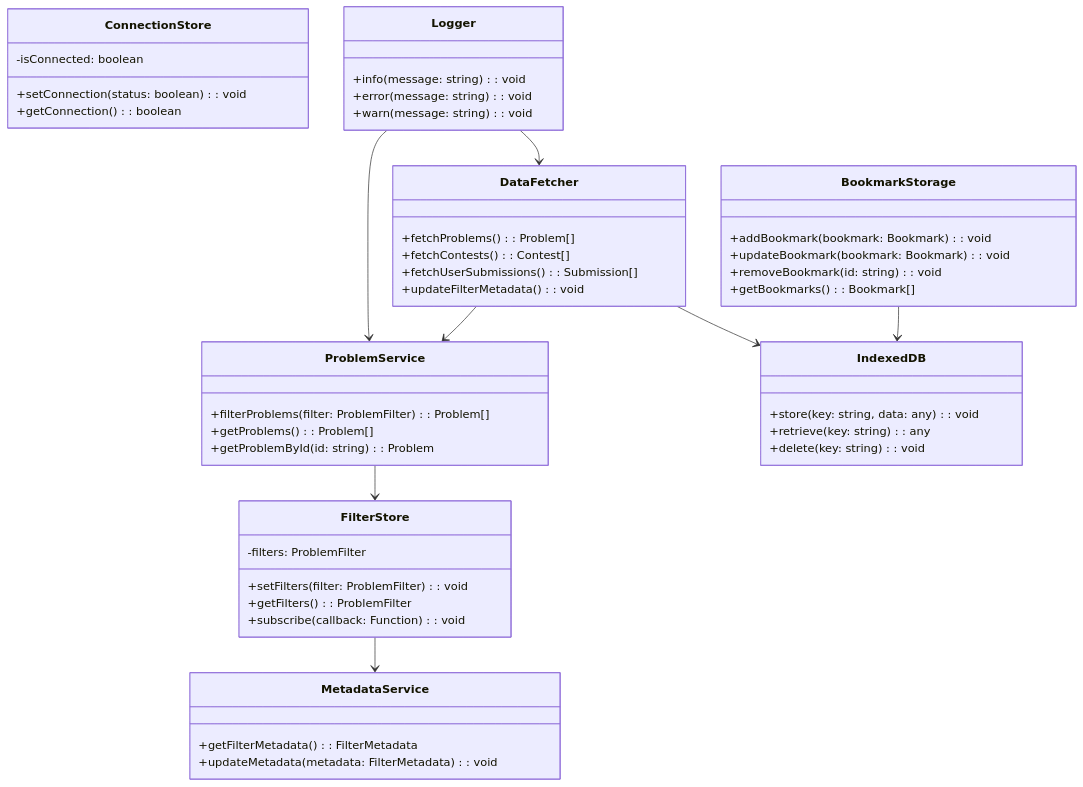
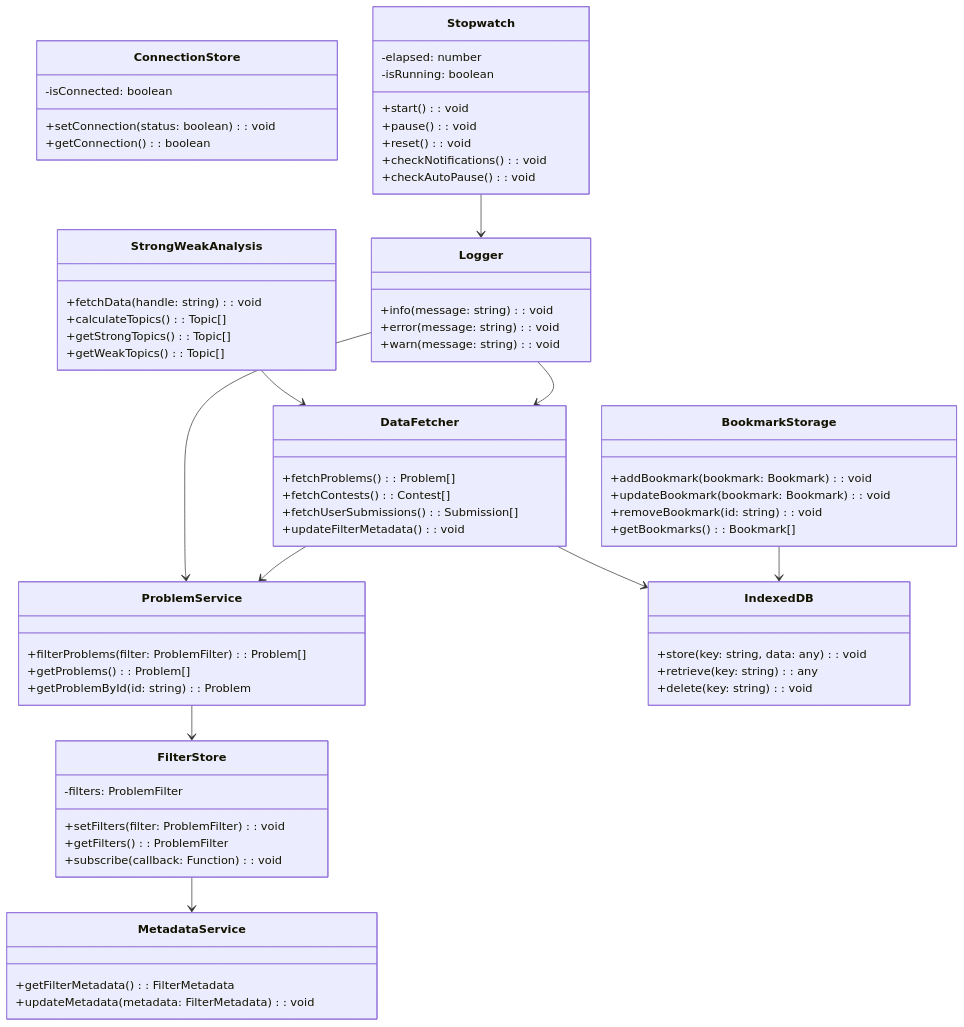
Before and after one commit to aftabnaik19/CF-Mentor: the diagram in .github/diagrams/class-diagram.md, drawn with Mermaid. The commit also changed 8 other files, not shown here.

````diff
--- a/.github/diagrams/class-diagram.md
+++ b/.github/diagrams/class-diagram.md
@@ -3,60 +3,79 @@
 ```mermaid
 classDiagram
     class DataFetcher {
         +fetchProblems(): Problem[]
         +fetchContests(): Contest[]
         +fetchUserSubmissions(): Submission[]
         +updateFilterMetadata(): void
     }
 
     class ProblemService {
         +filterProblems(filter: ProblemFilter): Problem[]
         +getProblems(): Problem[]
         +getProblemById(id: string): Problem
     }
 
     class FilterStore {
         -filters: ProblemFilter
         +setFilters(filter: ProblemFilter): void
         +getFilters(): ProblemFilter
         +subscribe(callback: Function): void
     }
 
     class ConnectionStore {
         -isConnected: boolean
         +setConnection(status: boolean): void
         +getConnection(): boolean
     }
 
     class BookmarkStorage {
         +addBookmark(bookmark: Bookmark): void
         +updateBookmark(bookmark: Bookmark): void
         +removeBookmark(id: string): void
         +getBookmarks(): Bookmark[]
     }
 
     class MetadataService {
         +getFilterMetadata(): FilterMetadata
         +updateMetadata(metadata: FilterMetadata): void
     }
 
     class IndexedDB {
         +store(key: string, data: any): void
         +retrieve(key: string): any
         +delete(key: string): void
     }
 
     class Logger {
         +info(message: string): void
         +error(message: string): void
         +warn(message: string): void
     }
 
+    class Stopwatch {
+        -elapsed: number
+        -isRunning: boolean
+        +start(): void
+        +pause(): void
+        +reset(): void
+        +checkNotifications(): void
+        +checkAutoPause(): void
+    }
+
+    class StrongWeakAnalysis {
+        +fetchData(handle: string): void
+        +calculateTopics(): Topic[]
+        +getStrongTopics(): Topic[]
+        +getWeakTopics(): Topic[]
+    }
+
     DataFetcher --> ProblemService
     ProblemService --> FilterStore
     FilterStore --> MetadataService
     BookmarkStorage --> IndexedDB
     DataFetcher --> IndexedDB
     Logger --> DataFetcher
     Logger --> ProblemService
+    Stopwatch --> Logger
+    StrongWeakAnalysis --> DataFetcher
 ```
````
